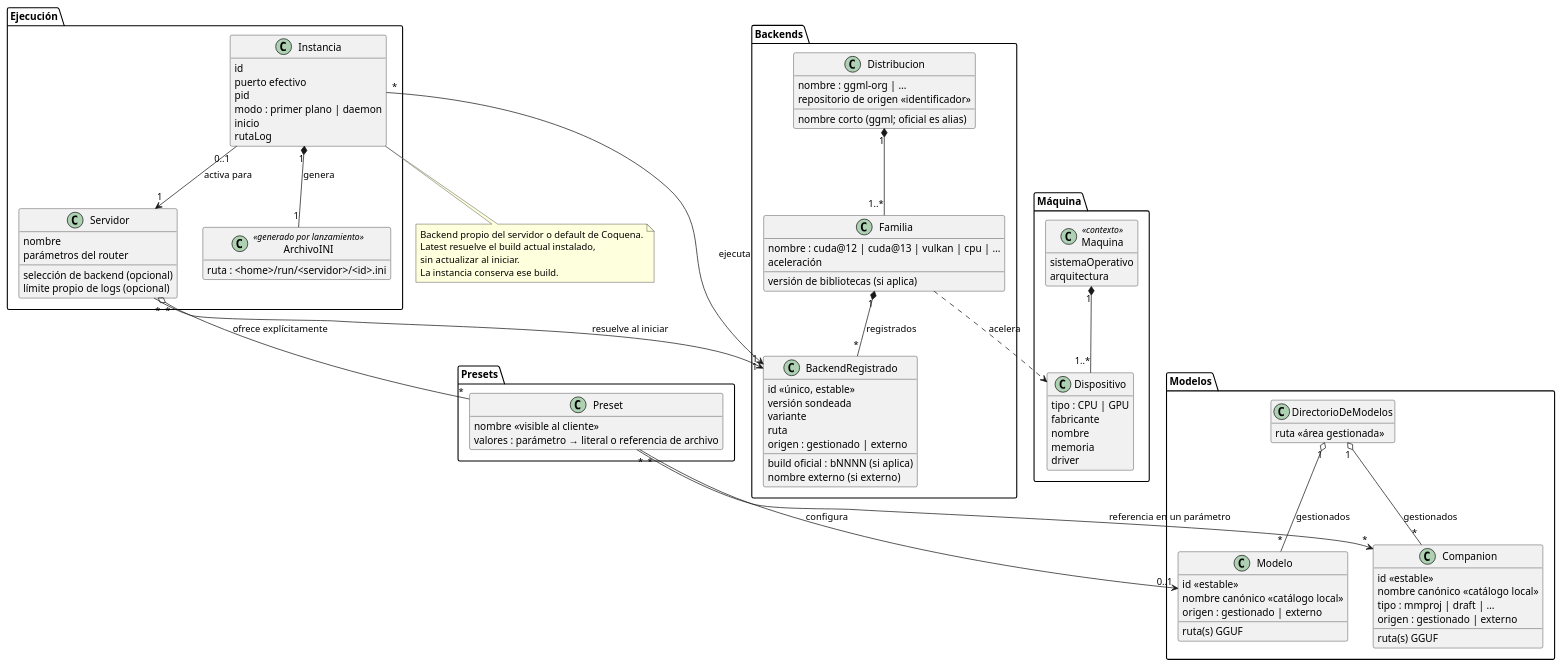
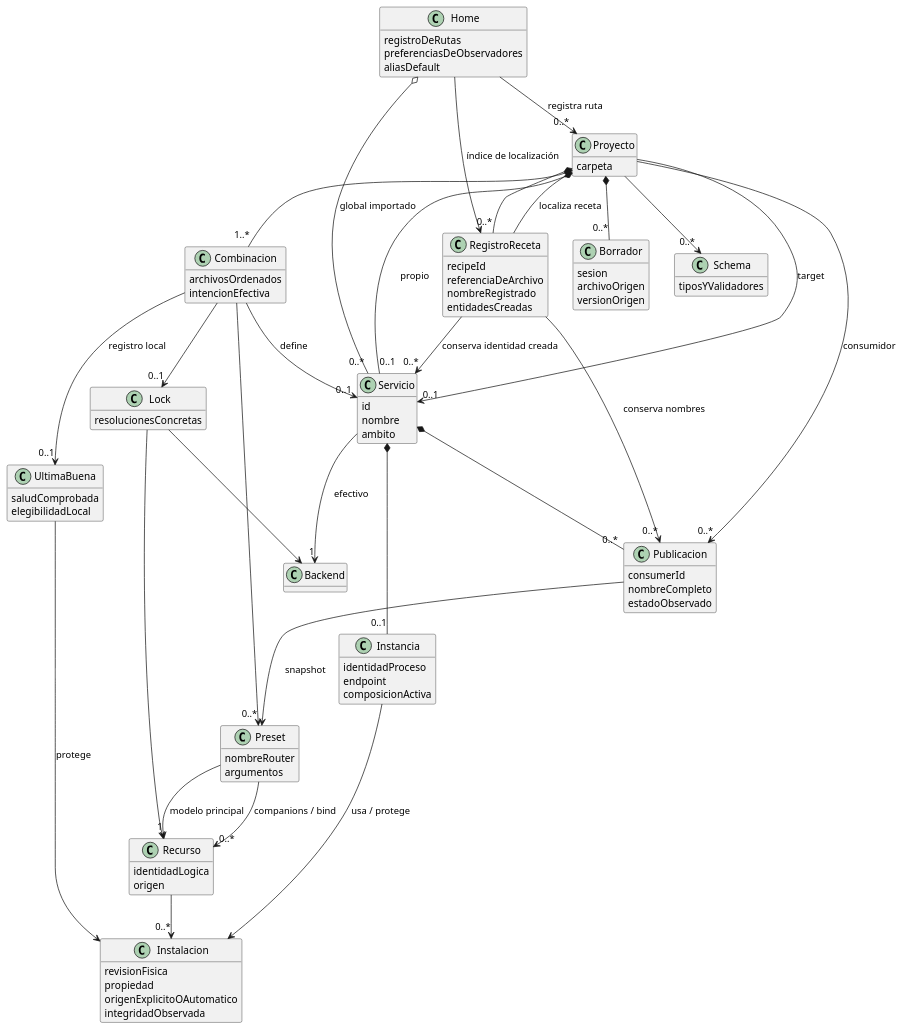
Before and after one commit to mstranich/coquena: the diagram in docs/modelo-de-datos.md, drawn with PlantUML. The commit also changed other lines of this file and 60 other files, not shown here.

````diff
--- a/docs/modelo-de-datos.md
+++ b/docs/modelo-de-datos.md
@@ -11,110 +7,96 @@
 ```plantuml
 @startuml
 hide empty methods
-
-package Máquina {
-  class Maquina <<contexto>> {
-    sistemaOperativo
-    arquitectura
-  }
-  class Dispositivo {
-    tipo : CPU | GPU
-    fabricante
-    nombre
-    memoria
-    driver
-  }
+class Home {
+  registroDeRutas
+  preferenciasDeObservadores
+  aliasDefault
 }
-
-package Backends {
-  class Distribucion {
-    nombre : ggml-org | …
-    repositorio de origen <<identificador>>
-    nombre corto (ggml; oficial es alias)
-  }
-  class Familia {
-    nombre : cuda@12 | cuda@13 | vulkan | cpu | …
-    aceleración
-    versión de bibliotecas (si aplica)
-  }
-  class BackendRegistrado {
-    id <<único, estable>>
-    build oficial : bNNNN (si aplica)
-    versión sondeada
-    variante
-    nombre externo (si externo)
-    ruta
-    origen : gestionado | externo
-  }
+class Proyecto {
+  carpeta
 }
-
-package Modelos {
-  class DirectorioDeModelos {
-    ruta <<área gestionada>>
-  }
-  class Modelo {
-    id <<estable>>
-    nombre canónico <<catálogo local>>
-    ruta(s) GGUF
-    origen : gestionado | externo
-  }
-  class Companion {
-    id <<estable>>
-    nombre canónico <<catálogo local>>
-    tipo : mmproj | draft | …
-    ruta(s) GGUF
-    origen : gestionado | externo
-  }
+class RegistroReceta {
+  recipeId
+  referenciaDeArchivo
+  nombreRegistrado
+  entidadesCreadas
 }
-
-package Presets {
-  class Preset {
-    nombre <<visible al cliente>>
-    valores : parámetro → literal o referencia de archivo
-  }
+class Combinacion {
+  archivosOrdenados
+  intencionEfectiva
 }
-
-package Ejecución {
-  class Servidor {
-    nombre
-    parámetros del router
-    selección de backend (opcional)
-    límite propio de logs (opcional)
-  }
-  class Instancia {
-    id
-    puerto efectivo
-    pid
-    modo : primer plano | daemon
-    inicio
-    rutaLog
-  }
-  class ArchivoINI <<generado por lanzamiento>> {
-    ruta : <home>/run/<servidor>/<id>.ini
-  }
+class Lock {
+  resolucionesConcretas
 }
-
-Maquina "1" *-- "1..*" Dispositivo
-Distribucion "1" *-- "1..*" Familia
-Familia "1" *-- "*" BackendRegistrado : registrados
-Familia ..> Dispositivo : acelera
-
-DirectorioDeModelos "1" o-- "*" Modelo : gestionados
-DirectorioDeModelos "1" o-- "*" Companion : gestionados
-
-Preset "*" --> "0..1" Modelo : configura
-Preset "*" --> "*" Companion : referencia en un parámetro
-
-Servidor "*" --> "1" BackendRegistrado : resuelve al iniciar
-Servidor "*" o-- "*" Preset : ofrece explícitamente
-Instancia "0..1" --> "1" Servidor : activa para
-Instancia "*" --> "1" BackendRegistrado : ejecuta
-Instancia "1" *-- "1" ArchivoINI : genera
-note bottom of Instancia
-  Backend propio del servidor o default de Coquena.
-  Latest resuelve el build actual instalado,
-  sin actualizar al iniciar.
-  La instancia conserva ese build.
-end note
+class Servicio {
+  id
+  nombre
+  ambito
+}
+class Publicacion {
+  consumerId
+  nombreCompleto
+  estadoObservado
+}
+class Backend
+class Preset {
+  nombreRouter
+  argumentos
+}
+class Recurso {
+  identidadLogica
+  origen
+}
+class Instalacion {
+  revisionFisica
+  propiedad
+  origenExplicitoOAutomatico
+  integridadObservada
+}
+class Instancia {
+  identidadProceso
+  endpoint
+  composicionActiva
+}
+class UltimaBuena {
+  saludComprobada
+  elegibilidadLocal
+}
+class Borrador {
+  sesion
+  archivoOrigen
+  versionOrigen
+}
+class Schema {
+  tiposYValidadores
+}
+Home --> "0..*" Proyecto : registra ruta
+Proyecto *-- "0..*" RegistroReceta
+Home --> RegistroReceta : índice de localización
+RegistroReceta --> Proyecto : localiza receta
+RegistroReceta --> "0..*" Servicio : conserva identidad creada
+RegistroReceta --> "0..*" Publicacion : conserva nombres
+Home o-- "0..*" Servicio : global importado
+Proyecto *-- "0..1" Servicio : propio
+Servicio --> "1" Backend : efectivo
+Servicio *-- "0..*" Publicacion
+Publicacion --> Preset : snapshot
+Proyecto --> "0..*" Publicacion : consumidor
+Servicio *-- "0..1" Instancia
+Proyecto *-- "1..*" Combinacion
+Combinacion --> "0..1" Lock
+Combinacion --> "0..1" Servicio : define
+Combinacion --> "0..*" Preset
+Preset --> "1" Recurso : modelo principal
+Preset --> "0..*" Recurso : companions / bind
+Recurso --> "0..*" Instalacion
+Lock --> Backend
+Lock --> Recurso
+Proyecto --> "0..1" Servicio : target
+Combinacion --> "0..1" UltimaBuena : registro local
+UltimaBuena --> Instalacion : protege
+Instancia --> Instalacion : usa / protege
+Proyecto *-- "0..*" Borrador
+Proyecto --> "0..*" Schema
 @enduml
 ```
````
